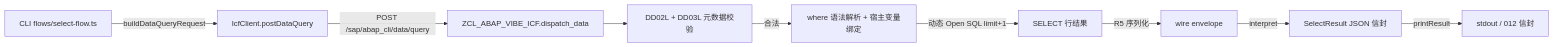
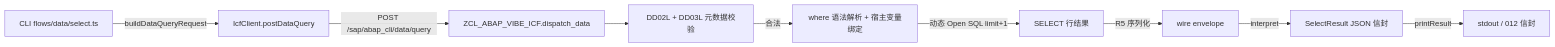
One commit to chunrichi/abap-cli changed the diagram in wiki/commands/select.md. Above: the diagram before and after it, drawn with Mermaid. The commit also changed other lines of this file and 13 other files, not shown here.

````diff
--- a/wiki/commands/select.md
+++ b/wiki/commands/select.md
@@ -53,11 +122,11 @@
 ```mermaid
 graph LR
-  A[CLI flows/select-flow.ts] -->|buildDataQueryRequest| B[IcfClient.postDataQuery]
+  A[CLI flows/data/select.ts] -->|buildDataQueryRequest| B[IcfClient.postDataQuery]
   B -->|POST /sap/abap_cli/data/query| C[ZCL_ABAP_VIBE_ICF.dispatch_data]
   C --> D[DD02L + DD03L 元数据校验]
   D -->|合法| E[where 语法解析 + 宿主变量绑定]
   E -->|动态 Open SQL limit+1| F[SELECT 行结果]
   F -->|R5 序列化| G[wire envelope]
   G -->|interpret| H[SelectResult JSON 信封]
   H -->|printResult| I[stdout / 012 信封]
 ```
````
